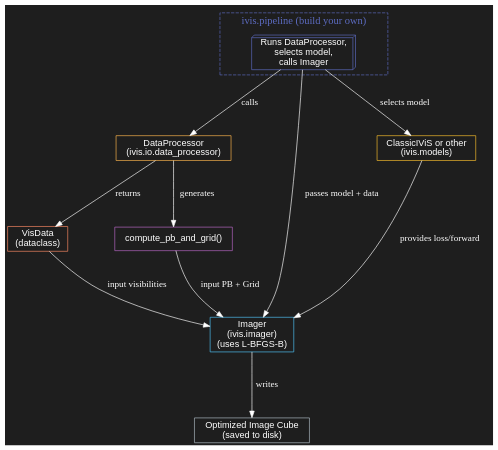
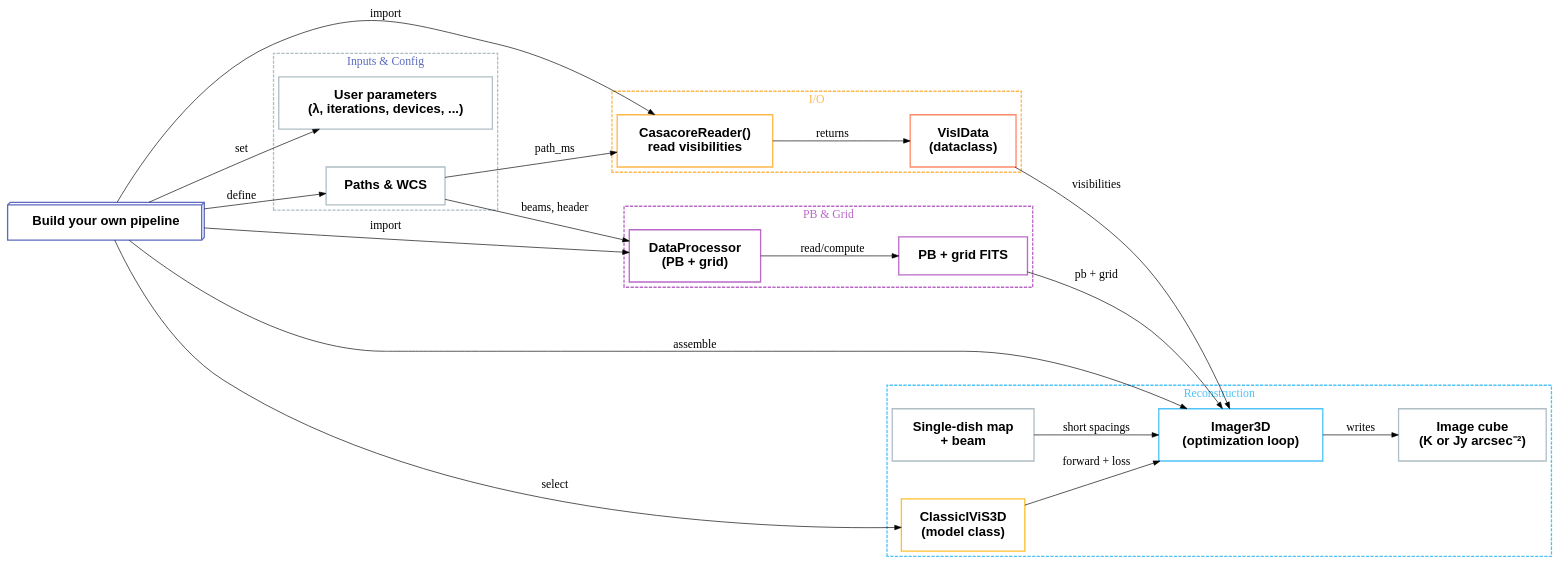
The diagram in docs/contents/workflow.rst (antoinemarchal/ivis), drawn with Graphviz before and after one commit. The commit also changed other lines of this file, not shown here.

Commit message:
improve workflow docs

```diff
--- a/docs/contents/workflow.rst
+++ b/docs/contents/workflow.rst
@@ -36,50 +37,113 @@
 .. graphviz::
 
    digraph ivis_workflow {
-       rankdir=TB;
-       bgcolor="#1e1e1e";
-       fontcolor="white";
-       fontsize=16;
-       nodesep=1.0;
-       ranksep=1.2;
+       rankdir=LR;             // left-to-right layout
+       bgcolor="white";
+       fontcolor="black";
+       fontsize=22;            // global font size
+       nodesep=0.8;
+       ranksep=0.8;
 
        node [
            shape=box,
            style=filled,
-           fontname="Helvetica",
-           fontcolor="white",
-           fillcolor="#1e1e1e"
+           fontname="Helvetica-Bold",
+           fontsize=20,
+           fontcolor="black",
+           fillcolor="white",
+           margin=0.25,
+           penwidth=2           // thicker node borders
        ];
 
-       PIPELINE  [label="Runs DataProcessor,\nselects model,\ncalls Imager", shape=box3d, color="#5c6bc0"];
-       DATAPROC  [label="DataProcessor\n(ivis.io.data_processor)", color="#ffb74d"];
-       VISDATA   [label="VisData\n(dataclass)", color="#ff8a65"];
-       PBGRID    [label="compute_pb_and_grid()", color="#ba68c8"];
-       IMAGER    [label="Imager\n(ivis.imager)\n(uses L-BFGS-B)", color="#4fc3f7"];
-       MODEL     [label="ClassicIViS or other\n(ivis.models)", color="#fbc02d"];
-       IMAGE     [label="Optimized Image Cube\n(saved to disk)", color="#b0bec5"];
+       // --- Main pipeline ---
+       PIPELINE   [label="Build your own pipeline", shape=box3d, color="#5c6bc0"];
 
-       subgraph cluster_pipeline {
-           label="ivis.pipeline (build your own)";
+       // --- Inputs / config ---
+       PATHS      [label="Paths & WCS", color="#b0bec5"];
+       PARAMS     [label="User parameters\n(λ, iterations, devices, ...)", color="#b0bec5"];
+
+       // --- I/O stage ---
+       CASAREAD   [label="CasacoreReader()\nread visibilities", color="#ffb74d"];
+       VISDATA    [label="VisIData\n(dataclass)", color="#ff8a65"];
+
+       // --- PB + grid stage ---
+       DATAPROC   [label="DataProcessor\n(PB + grid)", color="#ba68c8"];
+       PBGRID     [label="PB + grid FITS", color="#ba68c8"];
+
+       // --- Optional single-dish ---
+       SD         [label="Single-dish map\n+ beam", color="#b0bec5"];
+
+       // --- Imager & model ---
+       IMAGER     [label="Imager3D\n(optimization loop)", color="#4fc3f7"];
+       MODEL      [label="ClassicIViS3D\n(model class)", color="#fbc02d"];
+
+       // --- Output ---
+       IMAGE      [label="Image cube\n(K or Jy arcsec⁻²)", color="#b0bec5"];
+
+       // --- Edges (arrows) ---
+       edge [
+           color="black",
+           fontcolor="black",
+           fontsize=18
+           // default penwidth, so arrows not too thick
+       ];
+
+       PIPELINE -> PATHS      [label="define"];
+       PIPELINE -> PARAMS     [label="set"];
+       PIPELINE -> CASAREAD   [label="import"];
+       PIPELINE -> DATAPROC   [label="import"];
+       PIPELINE -> MODEL      [label="select"];
+       PIPELINE -> IMAGER     [label="assemble"];
+
+       PATHS    -> CASAREAD   [label="path_ms"];
+       PATHS    -> DATAPROC   [label="beams, header"];
+
+       CASAREAD -> VISDATA    [label="returns"];
+       VISDATA  -> IMAGER     [label="visibilities"];
+       DATAPROC -> PBGRID     [label="read/compute"];
+       PBGRID   -> IMAGER     [label="pb + grid"];
+       SD       -> IMAGER     [label="short spacings"];
+       MODEL    -> IMAGER     [label="forward + loss"];
+       IMAGER   -> IMAGE      [label="writes"];
+
+       // --- Optional grouping for readability ---
+       subgraph cluster_inputs {
+           label="Inputs & Config";
+           fontsize=18;
            style=dashed;
+           color="#b0bec5";
            fontcolor="#5c6bc0";
-           color="#5c6bc0";
-           PIPELINE;
+           penwidth=2;          // thicker dashed box
+           PATHS; PARAMS;
        }
 
-       edge [
-           color="white",
-           fontcolor="white",
-           fontsize=14
-       ];
+       subgraph cluster_io {
+           label="I/O";
+           fontsize=18;
+           style=dashed;
+           color="#ffb74d";
+           fontcolor="#ffb74d";
+           penwidth=2;
+           CASAREAD; VISDATA;
+       }
 
-       PIPELINE -> DATAPROC [label="calls"];
-       PIPELINE -> MODEL [label="selects model"];
-       PIPELINE -> IMAGER [label="passes model + data"];
-       DATAPROC -> VISDATA [label="returns"];
-       DATAPROC -> PBGRID [label="generates"];
-       VISDATA -> IMAGER [label="input visibilities"];
-       PBGRID -> IMAGER [label="input PB + Grid"];
-       MODEL -> IMAGER [label="provides loss/forward"];
-       IMAGER -> IMAGE [label="writes"];
+       subgraph cluster_pb {
+           label="PB & Grid";
+           fontsize=18;
+           style=dashed;
+           color="#ba68c8";
+           fontcolor="#ba68c8";
+           penwidth=2;
+           DATAPROC; PBGRID;
+       }
+
+       subgraph cluster_recon {
+           label="Reconstruction";
+           fontsize=18;
+           style=dashed;
+           color="#4fc3f7";
+           fontcolor="#4fc3f7";
+           penwidth=2;
+           SD; IMAGER; MODEL; IMAGE;
+       }
    }
```
